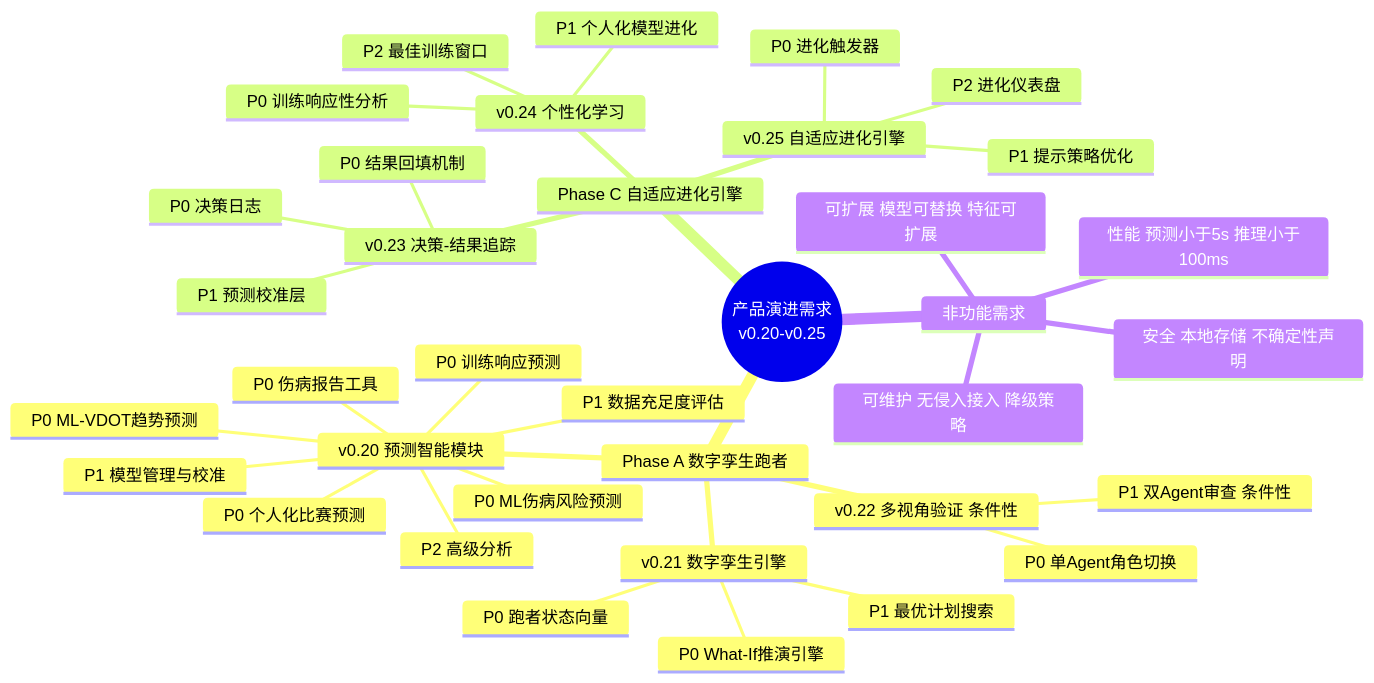
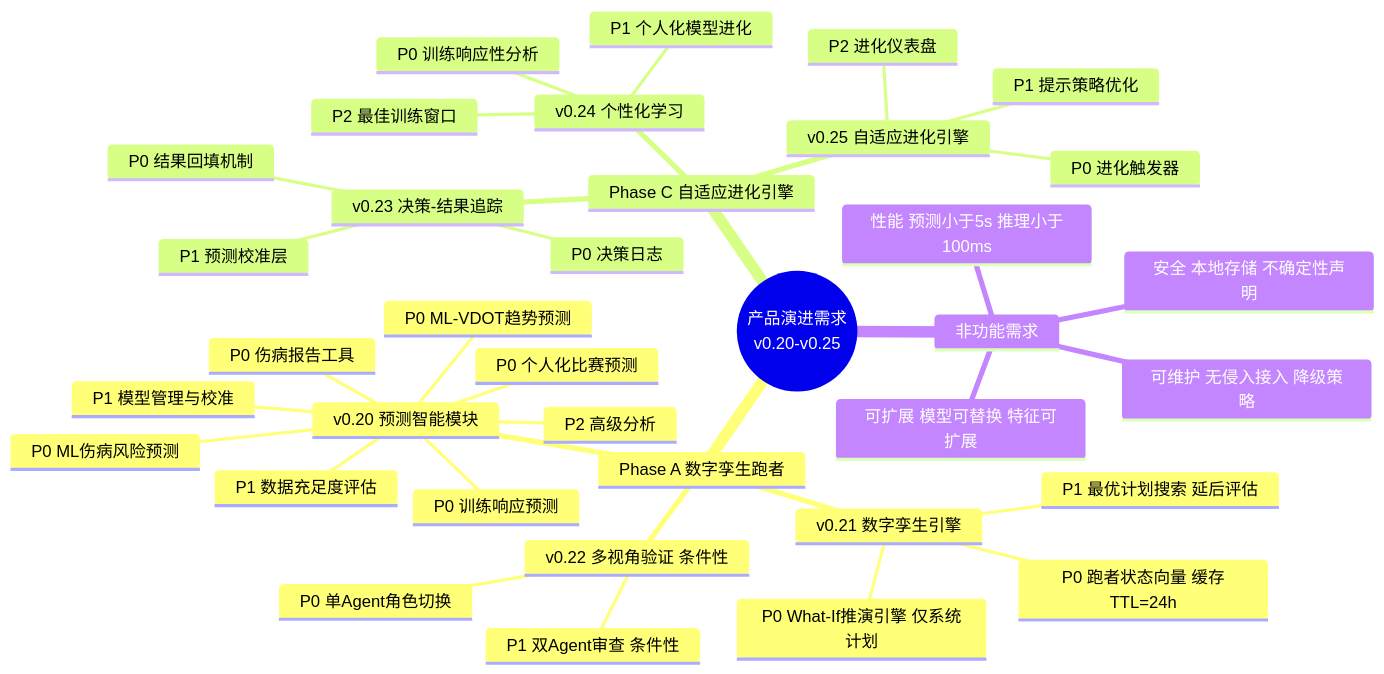
Before and after one commit to yecllsl/nanobot-runner: the fourth of 4 diagrams in docs/requirements/REQ_需求规格说明书.md, drawn with Mermaid. The commit also changed other lines of this file and 5 other files, not shown here.

````diff
--- a/docs/requirements/REQ_需求规格说明书.md
+++ b/docs/requirements/REQ_需求规格说明书.md
@@ -1324,39 +1521,39 @@
 ```mermaid
 mindmap
   root((产品演进需求<br/>v0.20-v0.25))
     Phase A 数字孪生跑者
       v0.20 预测智能模块
         P0 ML-VDOT趋势预测
         P0 个人化比赛预测
         P0 ML伤病风险预测
         P0 伤病报告工具
         P0 训练响应预测
         P1 模型管理与校准
         P1 数据充足度评估
         P2 高级分析
       v0.21 数字孪生引擎
-        P0 跑者状态向量
-        P0 What-If推演引擎
-        P1 最优计划搜索
+        P0 跑者状态向量 缓存TTL=24h
+        P0 What-If推演引擎 仅系统计划
+        P1 最优计划搜索 延后评估
       v0.22 多视角验证 条件性
         P0 单Agent角色切换
         P1 双Agent审查 条件性
     Phase C 自适应进化引擎
       v0.23 决策-结果追踪
         P0 决策日志
         P0 结果回填机制
         P1 预测校准层
       v0.24 个性化学习
         P0 训练响应性分析
         P1 个人化模型进化
         P2 最佳训练窗口
       v0.25 自适应进化引擎
         P0 进化触发器
         P1 提示策略优化
         P2 进化仪表盘
     非功能需求
       性能 预测小于5s 推理小于100ms
       安全 本地存储 不确定性声明
       可维护 无侵入接入 降级策略
       可扩展 模型可替换 特征可扩展
 ```
````
